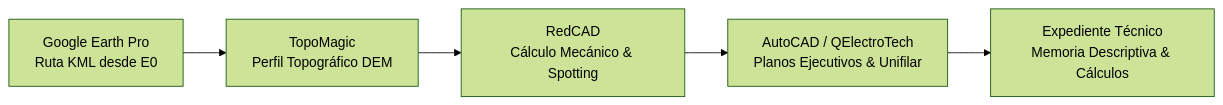
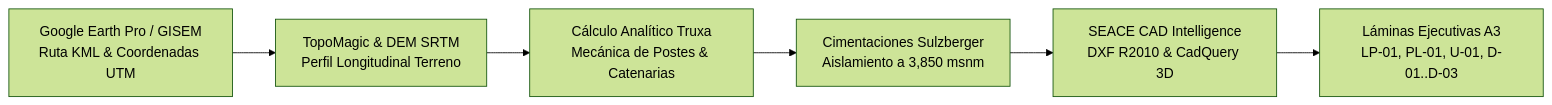
Before and after one commit to Aquiles-ryp360/instalacion-electricas: the diagram in proyectos/renzo-linea-primaria-capachica/README.md, drawn with Mermaid (forest theme). The commit also changed other lines of this file and 28 other files, not shown here.

````diff
--- a/proyectos/renzo-linea-primaria-capachica/README.md
+++ b/proyectos/renzo-linea-primaria-capachica/README.md
@@ -35,12 +37,14 @@
 ```mermaid
 flowchart LR
-    A["Google Earth Pro
-Ruta KML desde E0"] --> B["TopoMagic
-Perfil Topográfico DEM"]
-    B --> C["RedCAD
-Cálculo Mecánico & Spotting"]
-    C --> D["AutoCAD / QElectroTech
-Planos Ejecutivos & Unifilar"]
-    D --> E["Expediente Técnico
-Memoria Descriptiva & Cálculos"]
+    A["Google Earth Pro / GISEM
+Ruta KML & Coordenadas UTM"] --> B["TopoMagic & DEM SRTM
+Perfil Longitudinal Terreno"]
+    B --> C["Cálculo Analítico Truxa
+Mecánica de Postes & Catenarias"]
+    C --> D["Cimentaciones Sulzberger
+Aislamiento a 3,850 msnm"]
+    D --> E["SEACE CAD Intelligence
+DXF R2010 & CadQuery 3D"]
+    E --> F["Láminas Ejecutivas A3
+LP-01, PL-01, U-01, D-01..D-03"]
 ```
````
